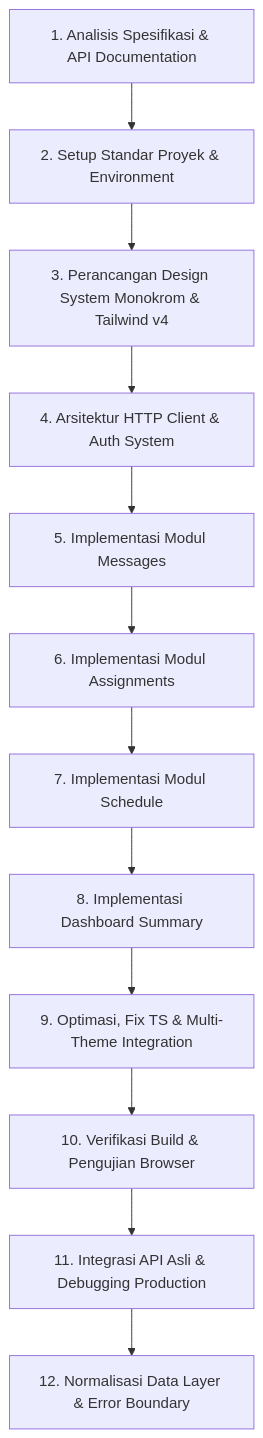
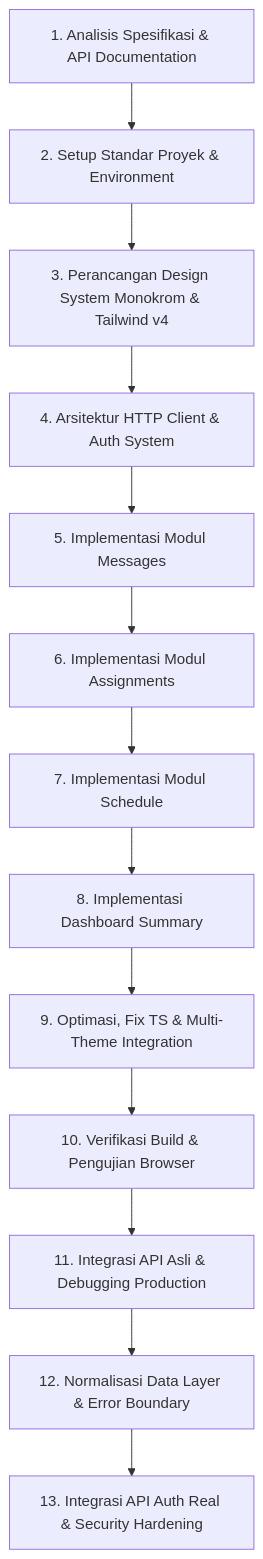
The diagram in DEVELOPMENT_HISTORY.md (NaApipp/fe-dashboard-personal), drawn with Mermaid before and after one commit. The commit also changed other lines of this file, not shown here.

````diff
--- a/DEVELOPMENT_HISTORY.md
+++ b/DEVELOPMENT_HISTORY.md
@@ -39,14 +39,15 @@
 ```mermaid
 flowchart TD
     A[1. Analisis Spesifikasi & API Documentation] --> B[2. Setup Standar Proyek & Environment]
     B --> C[3. Perancangan Design System Monokrom & Tailwind v4]
     C --> D[4. Arsitektur HTTP Client & Auth System]
     D --> E[5. Implementasi Modul Messages]
     E --> F[6. Implementasi Modul Assignments]
     F --> G[7. Implementasi Modul Schedule]
     G --> H[8. Implementasi Dashboard Summary]
     H --> I[9. Optimasi, Fix TS & Multi-Theme Integration]
     I --> J[10. Verifikasi Build & Pengujian Browser]
     J --> K[11. Integrasi API Asli & Debugging Production]
     K --> L[12. Normalisasi Data Layer & Error Boundary]
+    L --> M[13. Integrasi API Auth Real & Security Hardening]
 ```
````
